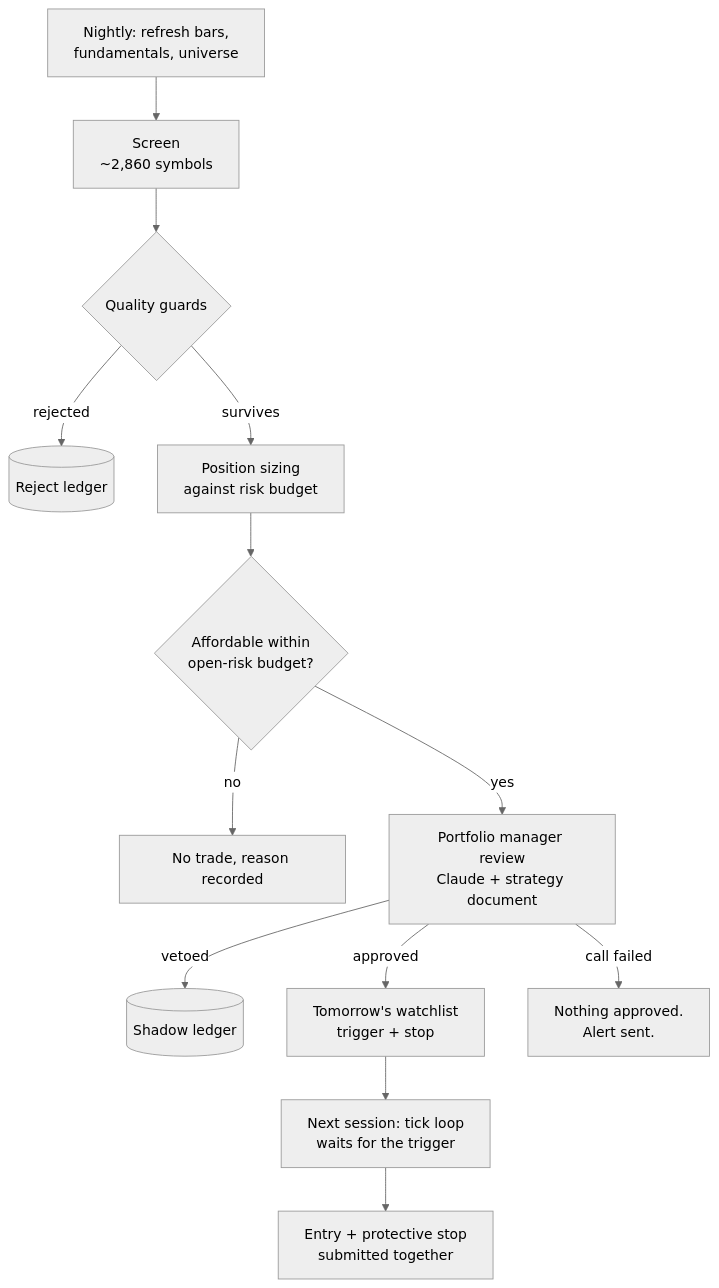
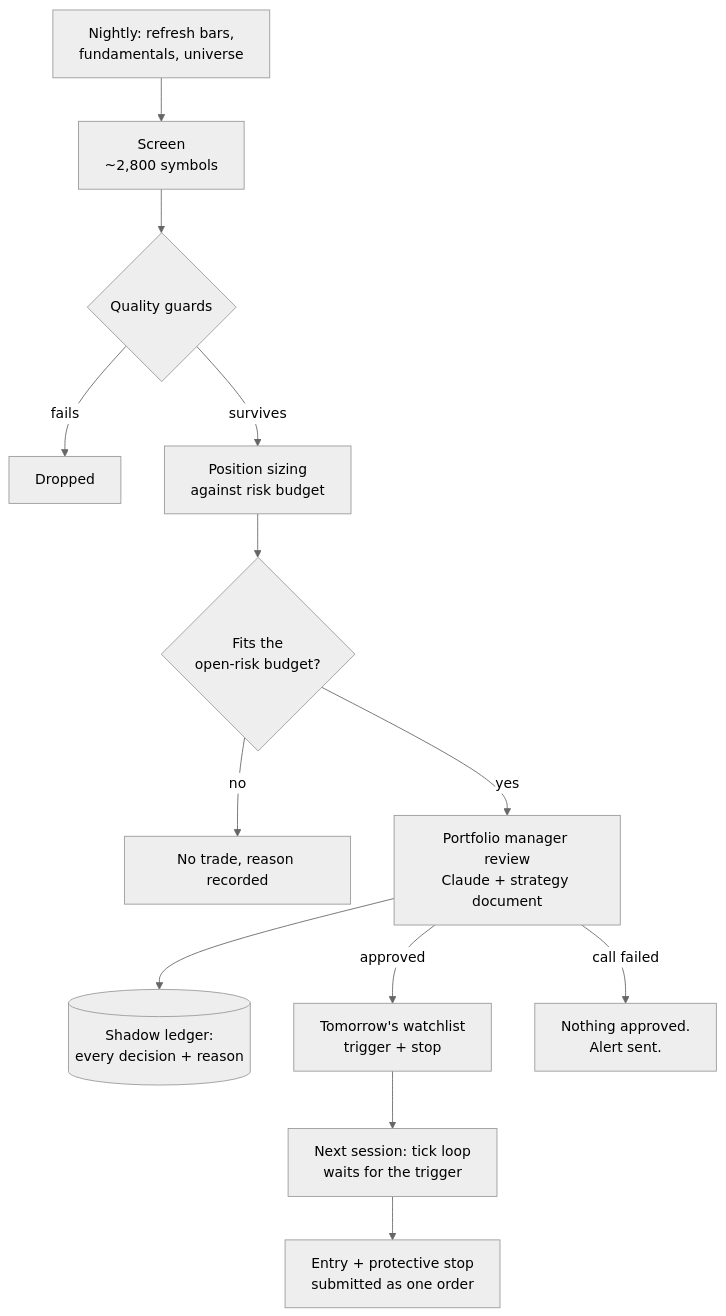
Before and after one commit to iqnco/claudio-ai-trading-system: the diagram in README.md, drawn with Mermaid (neutral theme). The commit also changed other lines of this file and 1 other file, not shown here.

````diff
--- a/README.md
+++ b/README.md
@@ -29,15 +30,15 @@
 ```mermaid
 flowchart TD
-    A[Nightly: refresh bars,<br/>fundamentals, universe] --> B[Screen<br/>~2,860 symbols]
+    A[Nightly: refresh bars,<br/>fundamentals, universe] --> B[Screen<br/>~2,800 symbols]
     B --> C{Quality guards}
-    C -->|rejected| L[(Reject ledger)]
+    C -->|fails| X[Dropped]
     C -->|survives| D[Position sizing<br/>against risk budget]
-    D --> E{Affordable within<br/>open-risk budget?}
+    D --> E{Fits the<br/>open-risk budget?}
     E -->|no| F[No trade, reason recorded]
     E -->|yes| G[Portfolio manager review<br/>Claude + strategy document]
-    G -->|vetoed| S[(Shadow ledger)]
+    G --> S[(Shadow ledger:<br/>every decision + reason)]
     G -->|approved| H[Tomorrow's watchlist<br/>trigger + stop]
     G -->|call failed| N[Nothing approved.<br/>Alert sent.]
     H --> I[Next session: tick loop<br/>waits for the trigger]
-    I --> J[Entry + protective stop<br/>submitted together]
+    I --> J[Entry + protective stop<br/>submitted as one order]
 ```
````
